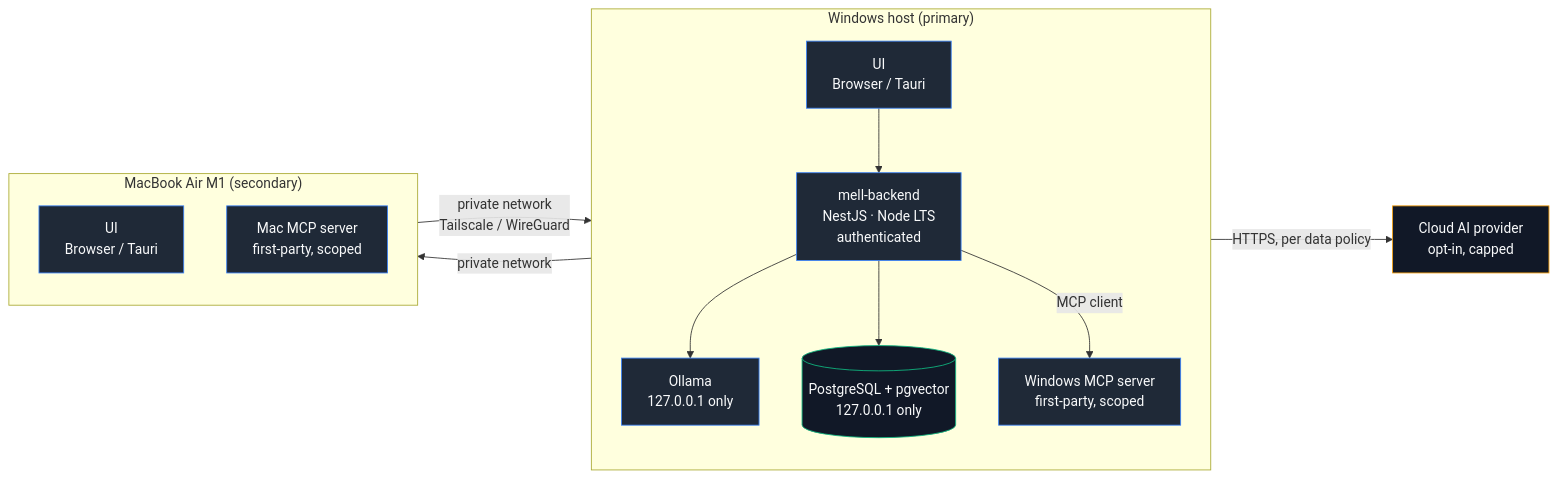
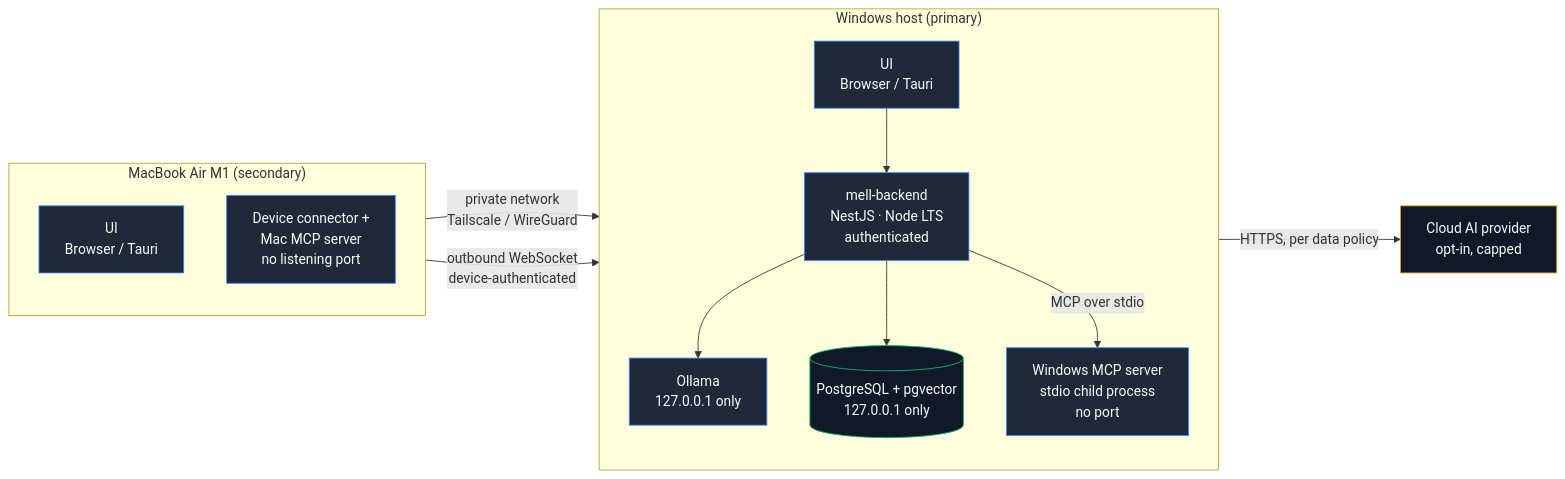
The first of 21 diagrams in docs/PLAN.md (eerenyilmazz/mell-assistant), drawn with Mermaid before and after one commit. The commit also changed other lines of this file and 1 other file, not shown here.

First line of the commit message:
docs(plan): v0.5 architecture fixes from v0.4 review

````diff
--- a/docs/PLAN.md
+++ b/docs/PLAN.md
@@ -119,34 +119,34 @@
 ```mermaid
 flowchart LR
     subgraph WIN["Windows host (primary)"]
         direction TB
         UIW["UI<br/>Browser / Tauri"]
         BE["mell-backend<br/>NestJS · Node LTS<br/>authenticated"]
         OLL["Ollama<br/>127.0.0.1 only"]
         PG[("PostgreSQL + pgvector<br/>127.0.0.1 only")]
-        MCPW["Windows MCP server<br/>first-party, scoped"]
+        MCPW["Windows MCP server<br/>stdio child process<br/>no port"]
         UIW --> BE
         BE --> OLL
         BE --> PG
-        BE -->|MCP client| MCPW
+        BE -->|"MCP over stdio"| MCPW
     end
 
     subgraph MAC["MacBook Air M1 (secondary)"]
         direction TB
         UIM["UI<br/>Browser / Tauri"]
-        MCPM["Mac MCP server<br/>first-party, scoped"]
+        MCPM["Device connector +<br/>Mac MCP server<br/>no listening port"]
     end
 
     CLOUD["Cloud AI provider<br/>opt-in, capped"]
 
     UIM -->|"private network<br/>Tailscale / WireGuard"| BE
-    BE -->|"private network"| MCPM
+    MCPM -->|"outbound WebSocket<br/>device-authenticated"| BE
     BE -->|"HTTPS, per data policy"| CLOUD
 
     classDef local fill:#1f2937,stroke:#3b82f6,color:#f9fafb
     classDef store fill:#111827,stroke:#10b981,color:#f9fafb
     classDef ext fill:#111827,stroke:#f59e0b,color:#f9fafb
     class UIW,UIM,BE,OLL,MCPW,MCPM local
     class PG store
     class CLOUD ext
 ```
````
